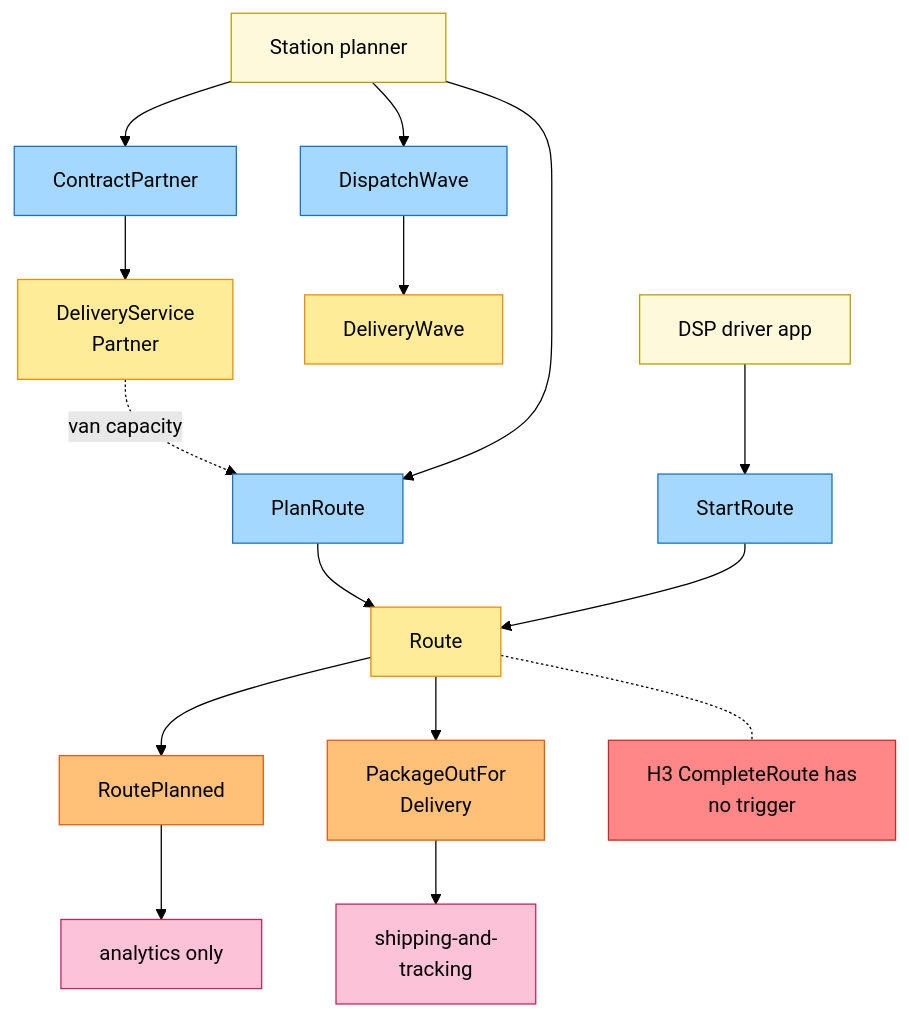
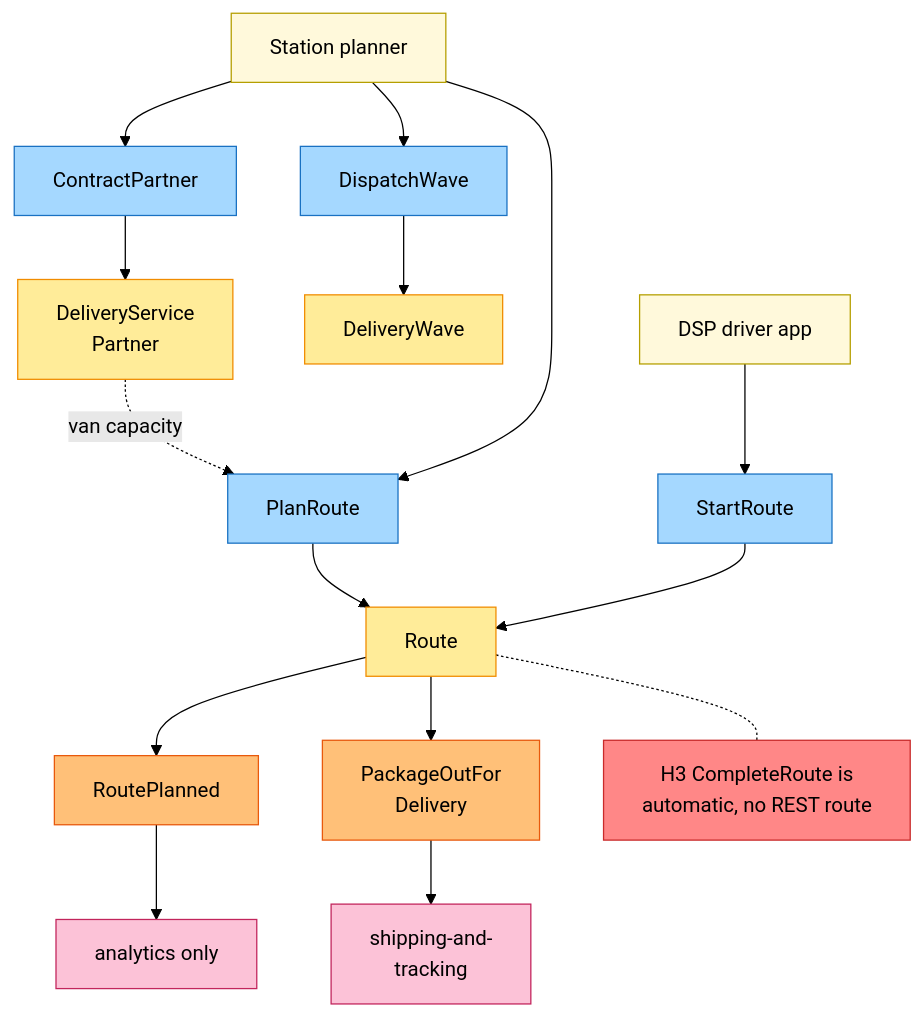
One commit to IQVO/warehouse-docs changed the third of 4 diagrams in network/docs/contexts/last-mile-delivery/eventstorming.md. Above: the diagram before and after it, drawn with Mermaid (forest theme). The commit also changed other lines of this file and 7 other files, not shown here.

````diff
--- a/network/docs/contexts/last-mile-delivery/eventstorming.md
+++ b/network/docs/contexts/last-mile-delivery/eventstorming.md
@@ -124,34 +124,34 @@
 ```mermaid
 flowchart TB
     SP["Station planner"]:::actor
     C0["ContractPartner"]:::command
     G0["DeliveryService<br/>Partner"]:::aggregate
     C1["PlanRoute"]:::command
     G1["Route"]:::aggregate
     E1["RoutePlanned"]:::event
     AN["analytics only"]:::external
     C2["DispatchWave"]:::command
     G2["DeliveryWave"]:::aggregate
     DR["DSP driver app"]:::actor
     C3["StartRoute"]:::command
     E3["PackageOutFor<br/>Delivery"]:::event
     ST["shipping-and-<br/>tracking"]:::external
-    H3["H3 CompleteRoute has<br/>no trigger"]:::hotspot
+    H3["H3 CompleteRoute is<br/>automatic, no REST route"]:::hotspot
 
     SP --> C0 --> G0
     G0 -. van capacity .-> C1
     SP --> C1 --> G1 --> E1 --> AN
     SP --> C2 --> G2
     DR --> C3 --> G1
     G1 --> E3 --> ST
     G1 -.- H3
 
     classDef actor fill:#fff9db,stroke:#b59f00,color:#000
     classDef command fill:#a5d8ff,stroke:#1971c2,color:#000
     classDef aggregate fill:#ffec99,stroke:#f08c00,color:#000
     classDef event fill:#ffc078,stroke:#e8590c,color:#000
     classDef policy fill:#d0bfff,stroke:#7048e8,color:#000
     classDef readmodel fill:#b2f2bb,stroke:#2f9e44,color:#000
     classDef external fill:#fcc2d7,stroke:#c2255c,color:#000
     classDef hotspot fill:#ff8787,stroke:#c92a2a,color:#000
 ```
````
